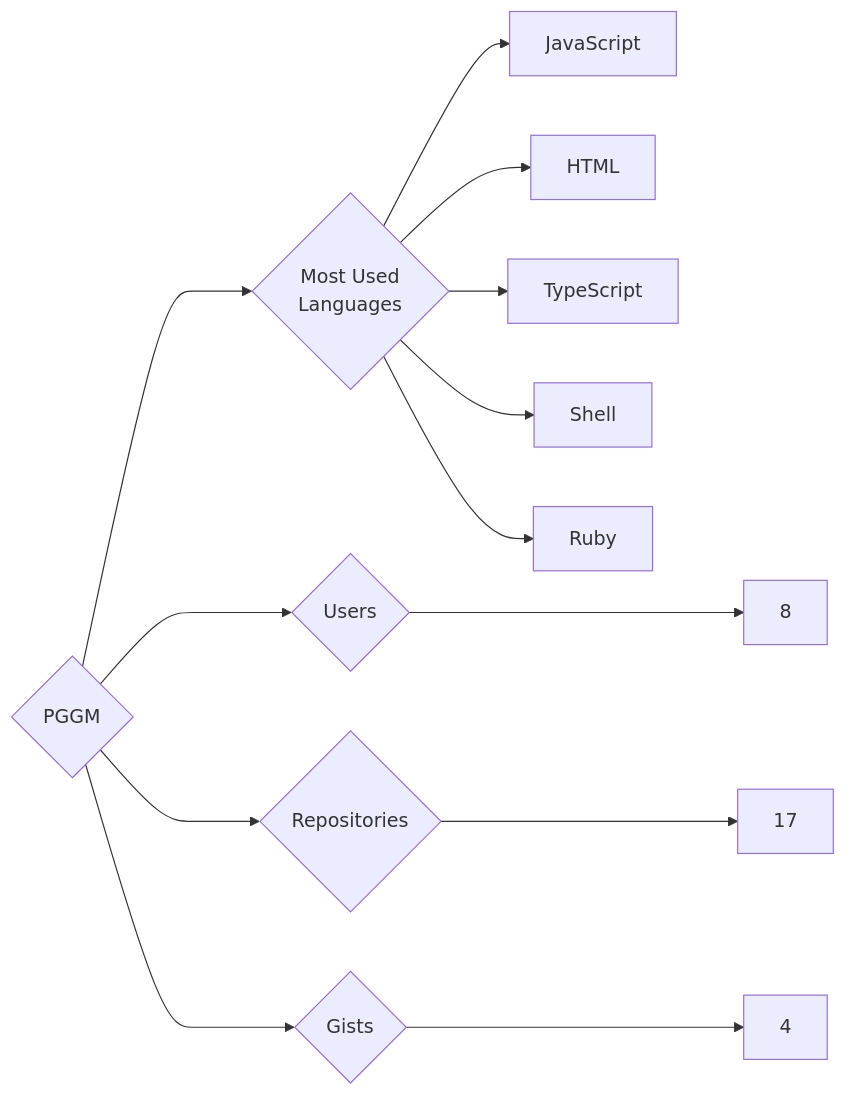
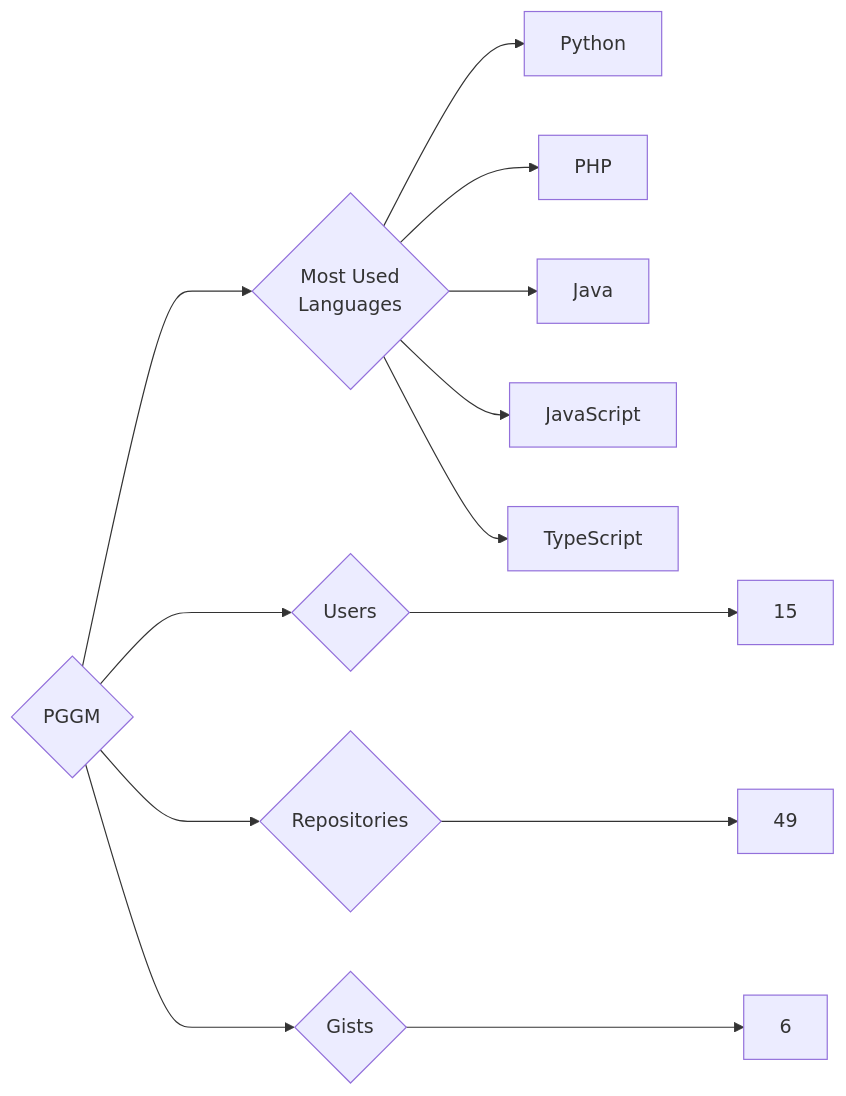
Before and after one commit to trickest/insiders: the diagram in targets/PGGM/README.md, drawn with Mermaid. The commit also changed 796 other files, not shown here.

````diff
--- a/targets/PGGM/README.md
+++ b/targets/PGGM/README.md
@@ -3,13 +3,13 @@
 ```mermaid
 graph LR
 COMPANY_NAME{PGGM}
-COMPANY_NAME ---> U{Users} ---> UN[8]
-COMPANY_NAME ---> R{Repositories} ---> RN[17]
-COMPANY_NAME ---> G{Gists} ---> GN[4]
+COMPANY_NAME ---> U{Users} ---> UN[15]
+COMPANY_NAME ---> R{Repositories} ---> RN[49]
+COMPANY_NAME ---> G{Gists} ---> GN[6]
 COMPANY_NAME ---> ML{Most Used<br>Languages}
+ML --> Python[Python]
+ML --> PHP[PHP]
+ML --> Java[Java]
 ML --> JavaScript[JavaScript]
-ML --> HTML[HTML]
 ML --> TypeScript[TypeScript]
-ML --> Shell[Shell]
-ML --> Ruby[Ruby]
 ```
````
